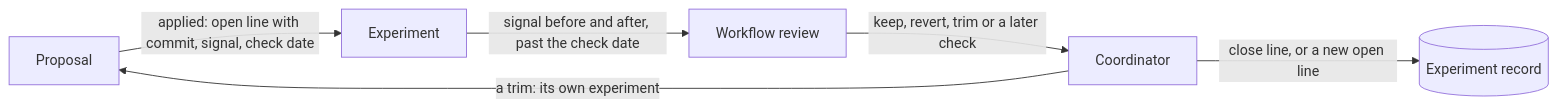
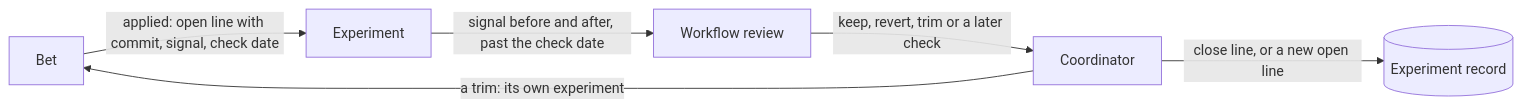
Before and after one commit to cniska/agent-skills: the fourth of 4 diagrams in docs/loops.md, drawn with Mermaid. The commit also changed other lines of this file and 6 other files, not shown here.

````diff
--- a/docs/loops.md
+++ b/docs/loops.md
@@ -71,8 +71,8 @@
 ```mermaid
 flowchart LR
-  prop["Proposal"] -- "applied: open line with commit, signal, check date" --> exp["Experiment"]
+  prop["Bet"] -- "applied: open line with commit, signal, check date" --> exp["Experiment"]
   exp -- "signal before and after, past the check date" --> review["Workflow review"]
   review -- "keep, revert, trim or a later check" --> lead["Coordinator"]
   lead -- "close line, or a new open line" --> rec[("Experiment record")]
   lead -- "a trim: its own experiment" --> prop
 ```
````
